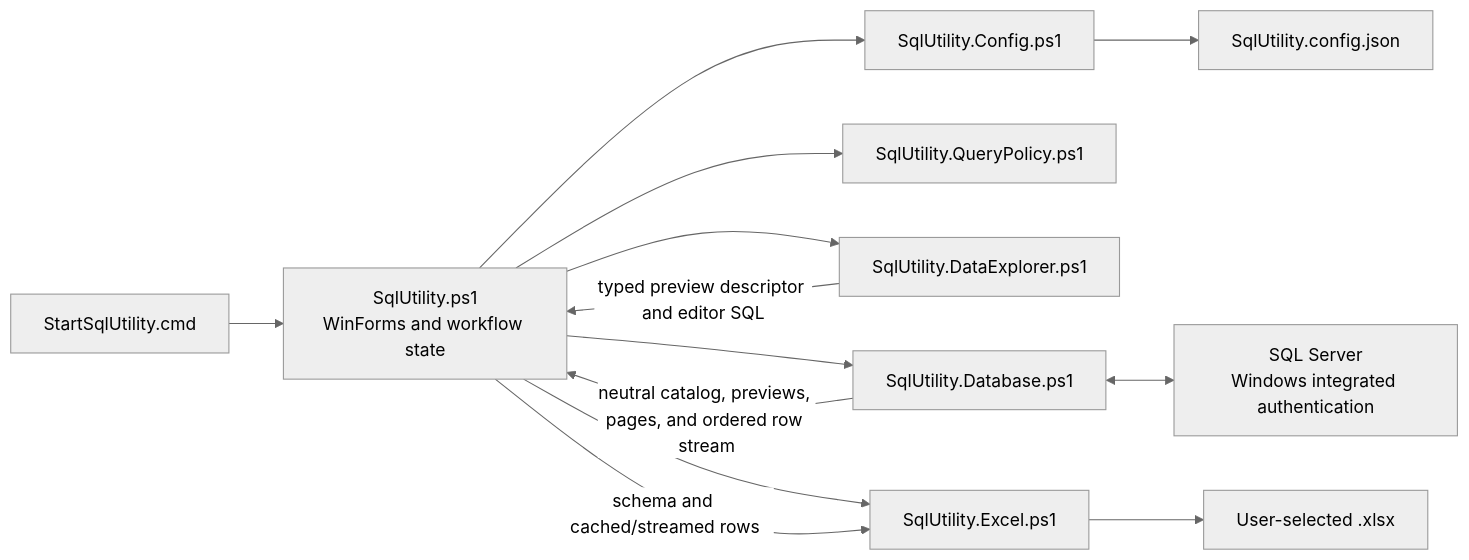
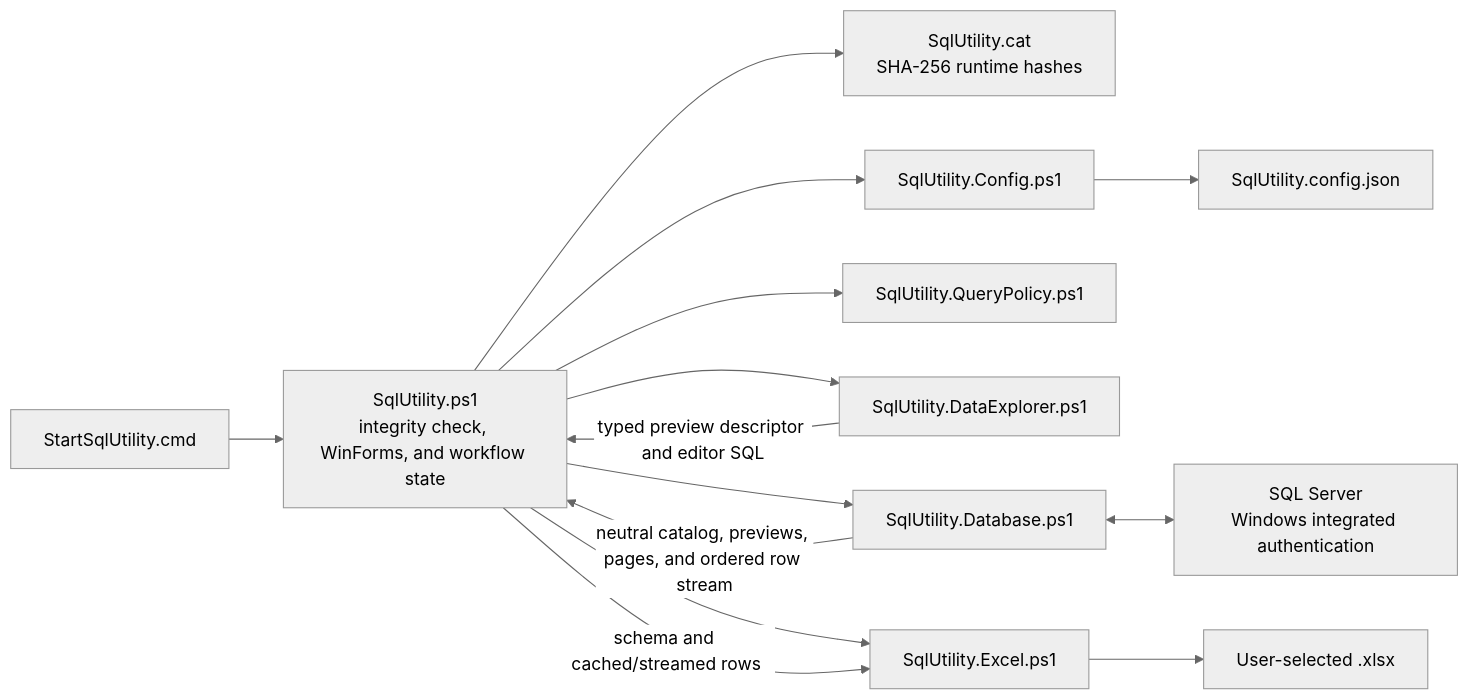
Before and after one commit to bluesWalker/SQL-Utility: the diagram in TECHNICAL_REFERENCE.md, drawn with Mermaid (neutral theme). The commit also changed other lines of this file and 10 other files, not shown here.

````diff
--- a/TECHNICAL_REFERENCE.md
+++ b/TECHNICAL_REFERENCE.md
@@ -92,15 +103,16 @@
 ```mermaid
 flowchart LR
-    Launcher["StartSqlUtility.cmd"] --> UI["SqlUtility.ps1<br/>WinForms and workflow state"]
+    Launcher["StartSqlUtility.cmd"] --> UI["SqlUtility.ps1<br/>integrity check, WinForms, and workflow state"]
+    UI --> Catalog["SqlUtility.cat<br/>SHA-256 runtime hashes"]
     UI --> Config["SqlUtility.Config.ps1"]
     UI --> Policy["SqlUtility.QueryPolicy.ps1"]
     UI --> Explorer["SqlUtility.DataExplorer.ps1"]
     UI --> Database["SqlUtility.Database.ps1"]
     UI --> Excel["SqlUtility.Excel.ps1"]
     Config --> Json["SqlUtility.config.json"]
     Explorer -- "typed preview descriptor and editor SQL" --> UI
     Database <--> SqlServer["SQL Server<br/>Windows integrated authentication"]
     Database -- "neutral catalog, previews, pages, and ordered row stream" --> UI
     UI -- "schema and cached/streamed rows" --> Excel
     Excel --> Workbook["User-selected .xlsx"]
 ```
````
